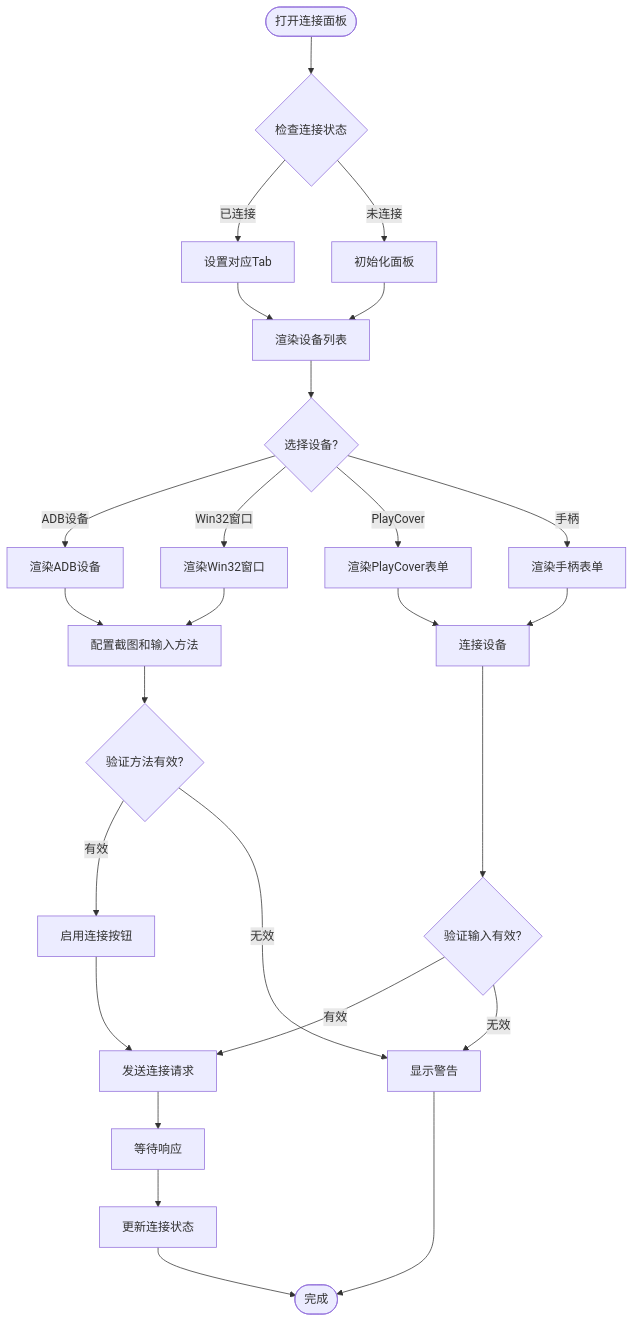
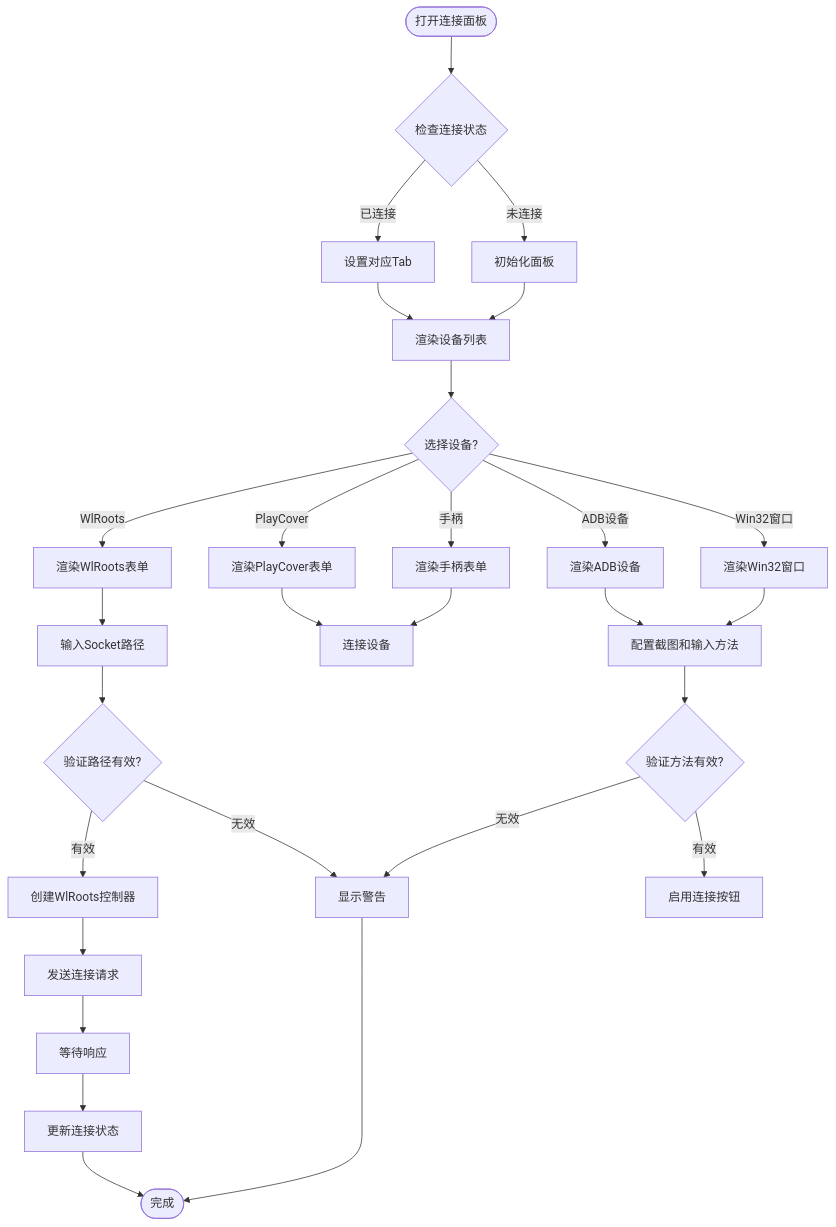
One commit to kqcoxn/MaaPipelineEditor changed the third of 8 diagrams in .qoder/repowiki/zh/content/用户界面/面板系统/连接面板.md. Above: the diagram before and after it, drawn with Mermaid. The commit also changed other lines of this file and 17 other files, not shown here.

````diff
--- a/.qoder/repowiki/zh/content/用户界面/面板系统/连接面板.md
+++ b/.qoder/repowiki/zh/content/用户界面/面板系统/连接面板.md
@@ -181,28 +216,30 @@
 ```mermaid
 flowchart TD
 Start([打开连接面板]) --> CheckStatus{检查连接状态}
 CheckStatus --> |已连接| SetTab[设置对应Tab]
 CheckStatus --> |未连接| InitPanel[初始化面板]
 SetTab --> RenderDevices[渲染设备列表]
 InitPanel --> RenderDevices
 RenderDevices --> SelectDevice{选择设备?}
 SelectDevice --> |ADB设备| RenderADB[渲染ADB设备]
 SelectDevice --> |Win32窗口| RenderWin32[渲染Win32窗口]
 SelectDevice --> |PlayCover| RenderPlayCover[渲染PlayCover表单]
 SelectDevice --> |手柄| RenderGamepad[渲染手柄表单]
+SelectDevice --> |WlRoots| RenderWlRoots[渲染WlRoots表单]
 RenderADB --> ConfigureMethods[配置截图和输入方法]
 RenderWin32 --> ConfigureMethods
 RenderPlayCover --> ConnectDevice[连接设备]
 RenderGamepad --> ConnectDevice
+RenderWlRoots --> InputSocketPath[输入Socket路径]
+InputSocketPath --> ValidateSocketPath{验证路径有效?}
+ValidateSocketPath --> |有效| CreateWlRootsController[创建WlRoots控制器]
+ValidateSocketPath --> |无效| ShowWarning[显示警告]
+CreateWlRootsController --> SendConnect[发送连接请求]
 ConfigureMethods --> ValidateMethods{验证方法有效?}
 ValidateMethods --> |有效| EnableConnect[启用连接按钮]
-ValidateMethods --> |无效| ShowWarning[显示警告]
-ConnectDevice --> ValidateInputs{验证输入有效?}
-ValidateInputs --> |有效| SendConnect[发送连接请求]
-ValidateInputs --> |无效| ShowWarning
-EnableConnect --> SendConnect
+ValidateMethods --> |无效| ShowWarning
 SendConnect --> WaitResponse[等待响应]
 WaitResponse --> UpdateStatus[更新连接状态]
 UpdateStatus --> End([完成])
 ShowWarning --> End
 ```
````
